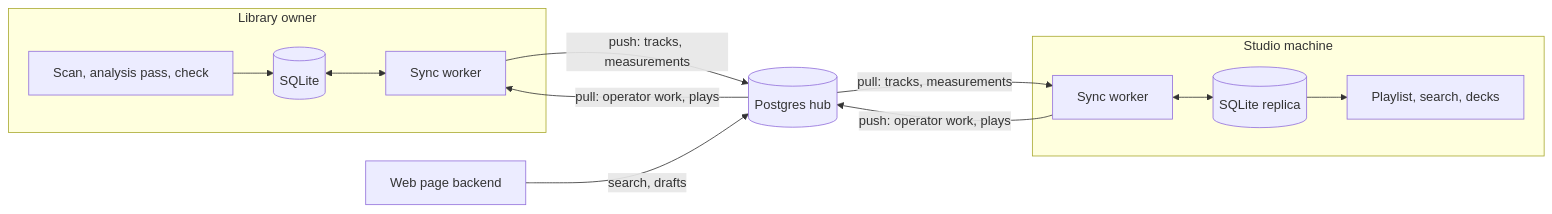
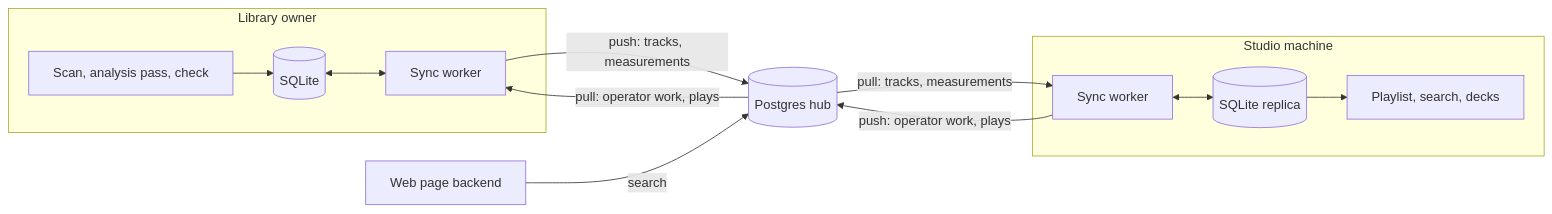
Before and after one commit to Arskah/radiodiodj: the third of 5 diagrams in docs/external-library.md, drawn with Mermaid. The commit also changed other lines of this file and 1 other file, not shown here.

````diff
--- a/docs/external-library.md
+++ b/docs/external-library.md
@@ -267,17 +268,17 @@
 ```mermaid
 flowchart LR
   subgraph owner["Library owner"]
     S["Scan, analysis pass, check"] --> ODB[("SQLite")]
     ODB <--> OW["Sync worker"]
   end
   HUB[("Postgres hub")]
   subgraph studio["Studio machine"]
     W["Sync worker"] <--> RDB[("SQLite replica")]
     RDB --> P["Playlist, search, decks"]
   end
   OW -- "push: tracks, measurements" --> HUB
   HUB -- "pull: operator work, plays" --> OW
   HUB -- "pull: tracks, measurements" --> W
   W -- "push: operator work, plays" --> HUB
-  WEB["Web page backend"] -- "search, drafts" --> HUB
+  WEB["Web page backend"] -- "search" --> HUB
 ```
````
